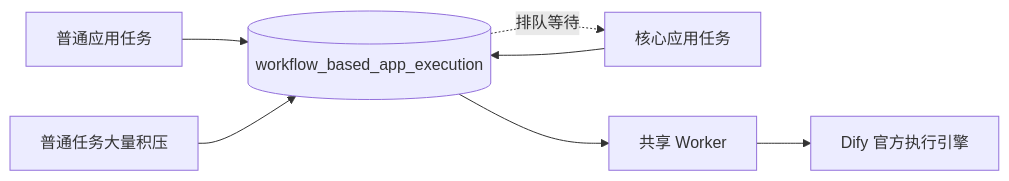
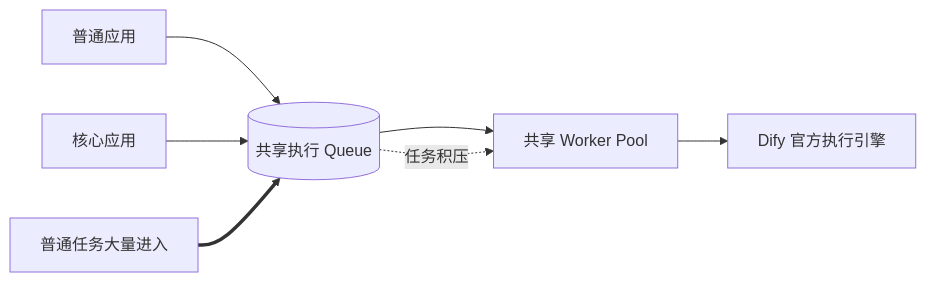
The first of 8 diagrams in weekly-report/dify-execution-engine-isolation-plan.md (sgfd-ui/internship), drawn with Mermaid before and after one commit. The commit also changed other lines of this file, not shown here.

Commit message:
docs: restructure Dify execution isolation plan

````diff
--- a/weekly-report/dify-execution-engine-isolation-plan.md
+++ b/weekly-report/dify-execution-engine-isolation-plan.md
@@ -9,10 +11,10 @@
 ```mermaid
 flowchart LR
-    A[普通应用任务] --> Q[(workflow_based_app_execution)]
-    B[核心应用任务] --> Q
-    Q --> W[共享 Worker]
+    A[普通应用] --> Q[(共享执行 Queue)]
+    B[核心应用] --> Q
+    Q --> W[共享 Worker Pool]
     W --> E[Dify 官方执行引擎]
 
-    H[普通任务大量积压] --> Q
-    Q -.排队等待.-> B
+    L[普通任务大量进入] ==> Q
+    Q -.任务积压.-> W
 ```
````
